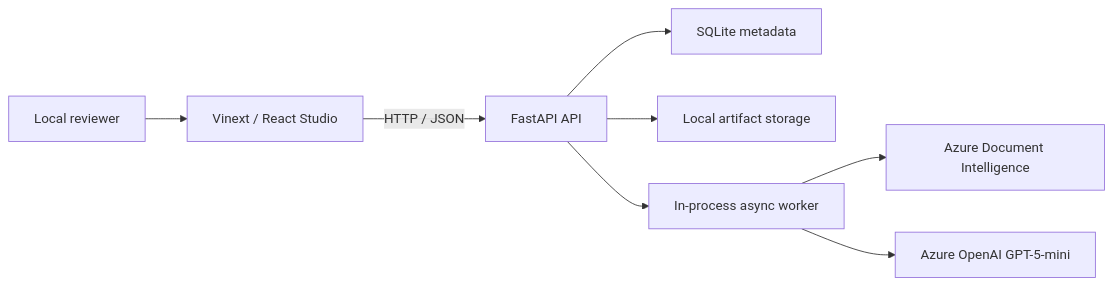
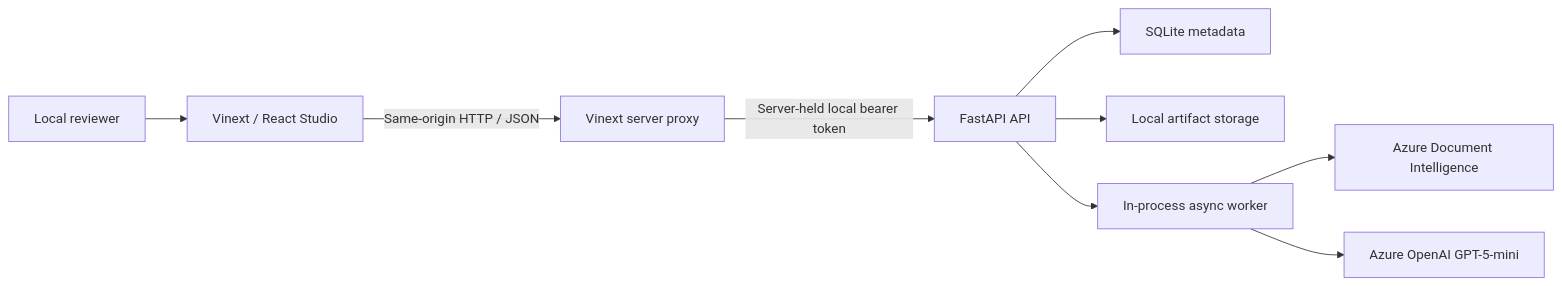
Before and after one commit to Vishwas2311/document-extractor-translator-: the first of 6 diagrams in docs/ARCHITECTURE.md, drawn with Mermaid. The commit also changed other lines of this file and 95 other files, not shown here.

````diff
--- a/docs/ARCHITECTURE.md
+++ b/docs/ARCHITECTURE.md
@@ -37,10 +38,11 @@
 ```mermaid
 flowchart LR
     User["Local reviewer"] --> Studio["Vinext / React Studio"]
-    Studio -->|"HTTP / JSON"| API["FastAPI API"]
+    Studio -->|"Same-origin HTTP / JSON"| Proxy["Vinext server proxy"]
+    Proxy -->|"Server-held local bearer token"| API["FastAPI API"]
     API --> DB["SQLite metadata"]
     API --> Storage["Local artifact storage"]
     API --> Worker["In-process async worker"]
     Worker --> DI["Azure Document Intelligence"]
     Worker --> AOAI["Azure OpenAI GPT-5-mini"]
 ```
````
